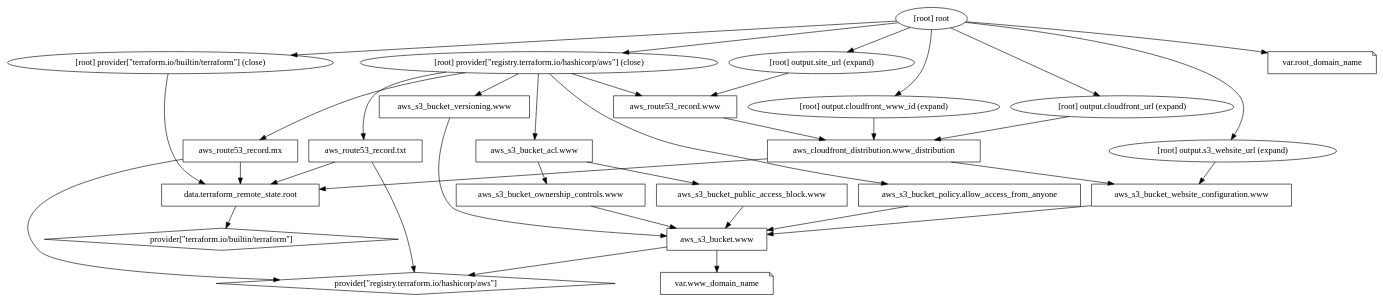
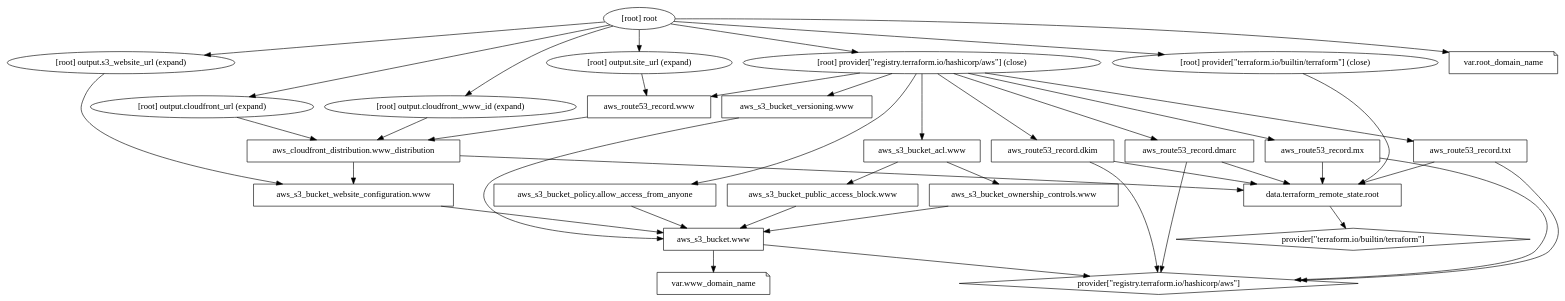
Before and after one commit to grocky/infrastructure: the diagram in websites/www.onyxroseadvisors.com/infrastructure/graph.dot, drawn with Graphviz. The commit also changed 3 other files, not shown here.

Commit message:
add dkim and dmarc records

```diff
--- a/websites/www.onyxroseadvisors.com/infrastructure/graph.dot
+++ b/websites/www.onyxroseadvisors.com/infrastructure/graph.dot
@@ -1,57 +1,65 @@
 digraph {
 	compound = "true"
 	newrank = "true"
 	subgraph "root" {
 		"[root] aws_cloudfront_distribution.www_distribution (expand)" [label = "aws_cloudfront_distribution.www_distribution", shape = "box"]
+		"[root] aws_route53_record.dkim (expand)" [label = "aws_route53_record.dkim", shape = "box"]
+		"[root] aws_route53_record.dmarc (expand)" [label = "aws_route53_record.dmarc", shape = "box"]
 		"[root] aws_route53_record.mx (expand)" [label = "aws_route53_record.mx", shape = "box"]
 		"[root] aws_route53_record.txt (expand)" [label = "aws_route53_record.txt", shape = "box"]
 		"[root] aws_route53_record.www (expand)" [label = "aws_route53_record.www", shape = "box"]
 		"[root] aws_s3_bucket.www (expand)" [label = "aws_s3_bucket.www", shape = "box"]
 		"[root] aws_s3_bucket_acl.www (expand)" [label = "aws_s3_bucket_acl.www", shape = "box"]
 		"[root] aws_s3_bucket_ownership_controls.www (expand)" [label = "aws_s3_bucket_ownership_controls.www", shape = "box"]
 		"[root] aws_s3_bucket_policy.allow_access_from_anyone (expand)" [label = "aws_s3_bucket_policy.allow_access_from_anyone", shape = "box"]
 		"[root] aws_s3_bucket_public_access_block.www (expand)" [label = "aws_s3_bucket_public_access_block.www", shape = "box"]
 		"[root] aws_s3_bucket_versioning.www (expand)" [label = "aws_s3_bucket_versioning.www", shape = "box"]
 		"[root] aws_s3_bucket_website_configuration.www (expand)" [label = "aws_s3_bucket_website_configuration.www", shape = "box"]
 		"[root] data.terraform_remote_state.root (expand)" [label = "data.terraform_remote_state.root", shape = "box"]
 		"[root] provider[\"registry.terraform.io/hashicorp/aws\"]" [label = "provider[\"registry.terraform.io/hashicorp/aws\"]", shape = "diamond"]
 		"[root] provider[\"terraform.io/builtin/terraform\"]" [label = "provider[\"terraform.io/builtin/terraform\"]", shape = "diamond"]
 		"[root] var.root_domain_name" [label = "var.root_domain_name", shape = "note"]
 		"[root] var.www_domain_name" [label = "var.www_domain_name", shape = "note"]
 		"[root] aws_cloudfront_distribution.www_distribution (expand)" -> "[root] aws_s3_bucket_website_configuration.www (expand)"
 		"[root] aws_cloudfront_distribution.www_distribution (expand)" -> "[root] data.terraform_remote_state.root (expand)"
+		"[root] aws_route53_record.dkim (expand)" -> "[root] data.terraform_remote_state.root (expand)"
+		"[root] aws_route53_record.dkim (expand)" -> "[root] provider[\"registry.terraform.io/hashicorp/aws\"]"
+		"[root] aws_route53_record.dmarc (expand)" -> "[root] data.terraform_remote_state.root (expand)"
+		"[root] aws_route53_record.dmarc (expand)" -> "[root] provider[\"registry.terraform.io/hashicorp/aws\"]"
 		"[root] aws_route53_record.mx (expand)" -> "[root] data.terraform_remote_state.root (expand)"
 		"[root] aws_route53_record.mx (expand)" -> "[root] provider[\"registry.terraform.io/hashicorp/aws\"]"
 		"[root] aws_route53_record.txt (expand)" -> "[root] data.terraform_remote_state.root (expand)"
 		"[root] aws_route53_record.txt (expand)" -> "[root] provider[\"registry.terraform.io/hashicorp/aws\"]"
 		"[root] aws_route53_record.www (expand)" -> "[root] aws_cloudfront_distribution.www_distribution (expand)"
 		"[root] aws_s3_bucket.www (expand)" -> "[root] provider[\"registry.terraform.io/hashicorp/aws\"]"
 		"[root] aws_s3_bucket.www (expand)" -> "[root] var.www_domain_name"
 		"[root] aws_s3_bucket_acl.www (expand)" -> "[root] aws_s3_bucket_ownership_controls.www (expand)"
 		"[root] aws_s3_bucket_acl.www (expand)" -> "[root] aws_s3_bucket_public_access_block.www (expand)"
 		"[root] aws_s3_bucket_ownership_controls.www (expand)" -> "[root] aws_s3_bucket.www (expand)"
 		"[root] aws_s3_bucket_policy.allow_access_from_anyone (expand)" -> "[root] aws_s3_bucket.www (expand)"
 		"[root] aws_s3_bucket_public_access_block.www (expand)" -> "[root] aws_s3_bucket.www (expand)"
 		"[root] aws_s3_bucket_versioning.www (expand)" -> "[root] aws_s3_bucket.www (expand)"
 		"[root] aws_s3_bucket_website_configuration.www (expand)" -> "[root] aws_s3_bucket.www (expand)"
 		"[root] data.terraform_remote_state.root (expand)" -> "[root] provider[\"terraform.io/builtin/terraform\"]"
 		"[root] output.cloudfront_url (expand)" -> "[root] aws_cloudfront_distribution.www_distribution (expand)"
 		"[root] output.cloudfront_www_id (expand)" -> "[root] aws_cloudfront_distribution.www_distribution (expand)"
 		"[root] output.s3_website_url (expand)" -> "[root] aws_s3_bucket_website_configuration.www (expand)"
 		"[root] output.site_url (expand)" -> "[root] aws_route53_record.www (expand)"
+		"[root] provider[\"registry.terraform.io/hashicorp/aws\"] (close)" -> "[root] aws_route53_record.dkim (expand)"
+		"[root] provider[\"registry.terraform.io/hashicorp/aws\"] (close)" -> "[root] aws_route53_record.dmarc (expand)"
 		"[root] provider[\"registry.terraform.io/hashicorp/aws\"] (close)" -> "[root] aws_route53_record.mx (expand)"
 		"[root] provider[\"registry.terraform.io/hashicorp/aws\"] (close)" -> "[root] aws_route53_record.txt (expand)"
 		"[root] provider[\"registry.terraform.io/hashicorp/aws\"] (close)" -> "[root] aws_route53_record.www (expand)"
 		"[root] provider[\"registry.terraform.io/hashicorp/aws\"] (close)" -> "[root] aws_s3_bucket_acl.www (expand)"
 		"[root] provider[\"registry.terraform.io/hashicorp/aws\"] (close)" -> "[root] aws_s3_bucket_policy.allow_access_from_anyone (expand)"
 		"[root] provider[\"registry.terraform.io/hashicorp/aws\"] (close)" -> "[root] aws_s3_bucket_versioning.www (expand)"
 		"[root] provider[\"terraform.io/builtin/terraform\"] (close)" -> "[root] data.terraform_remote_state.root (expand)"
 		"[root] root" -> "[root] output.cloudfront_url (expand)"
 		"[root] root" -> "[root] output.cloudfront_www_id (expand)"
 		"[root] root" -> "[root] output.s3_website_url (expand)"
 		"[root] root" -> "[root] output.site_url (expand)"
 		"[root] root" -> "[root] provider[\"registry.terraform.io/hashicorp/aws\"] (close)"
 		"[root] root" -> "[root] provider[\"terraform.io/builtin/terraform\"] (close)"
 		"[root] root" -> "[root] var.root_domain_name"
 	}
 }
```
